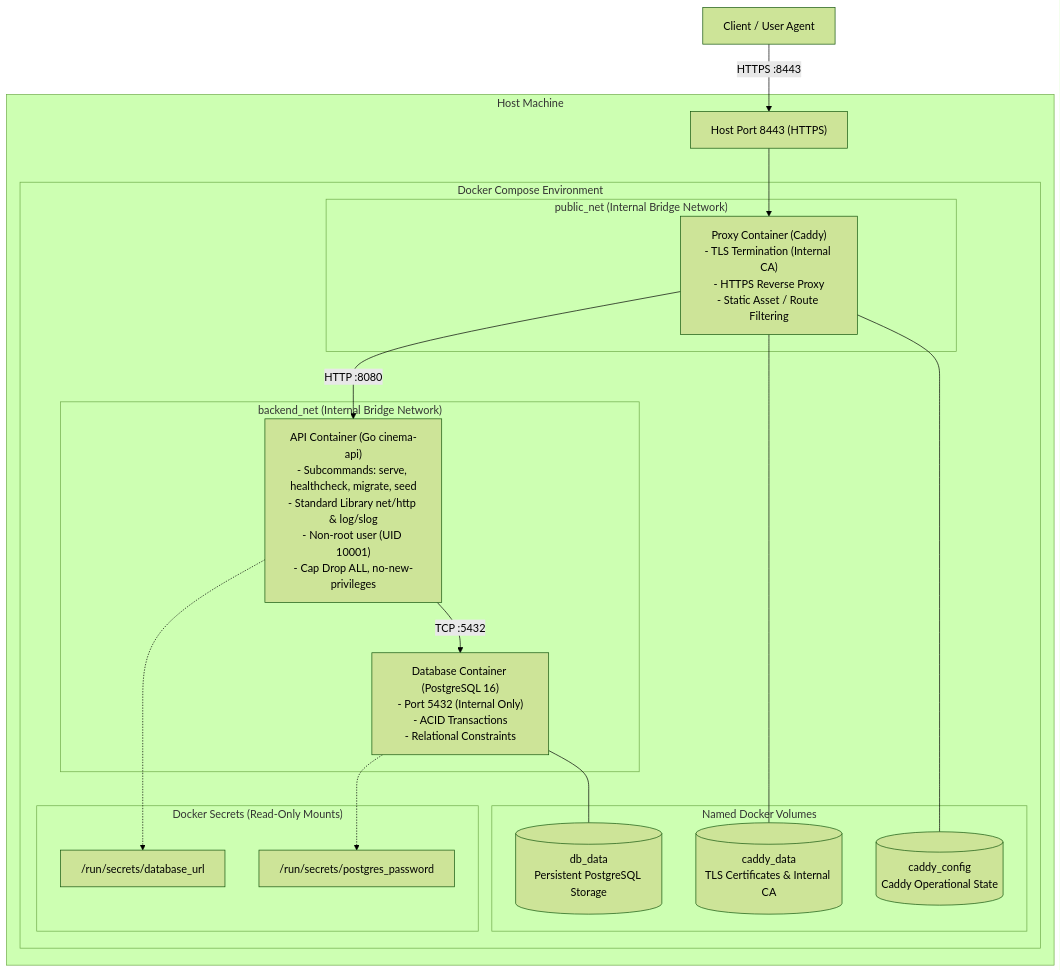
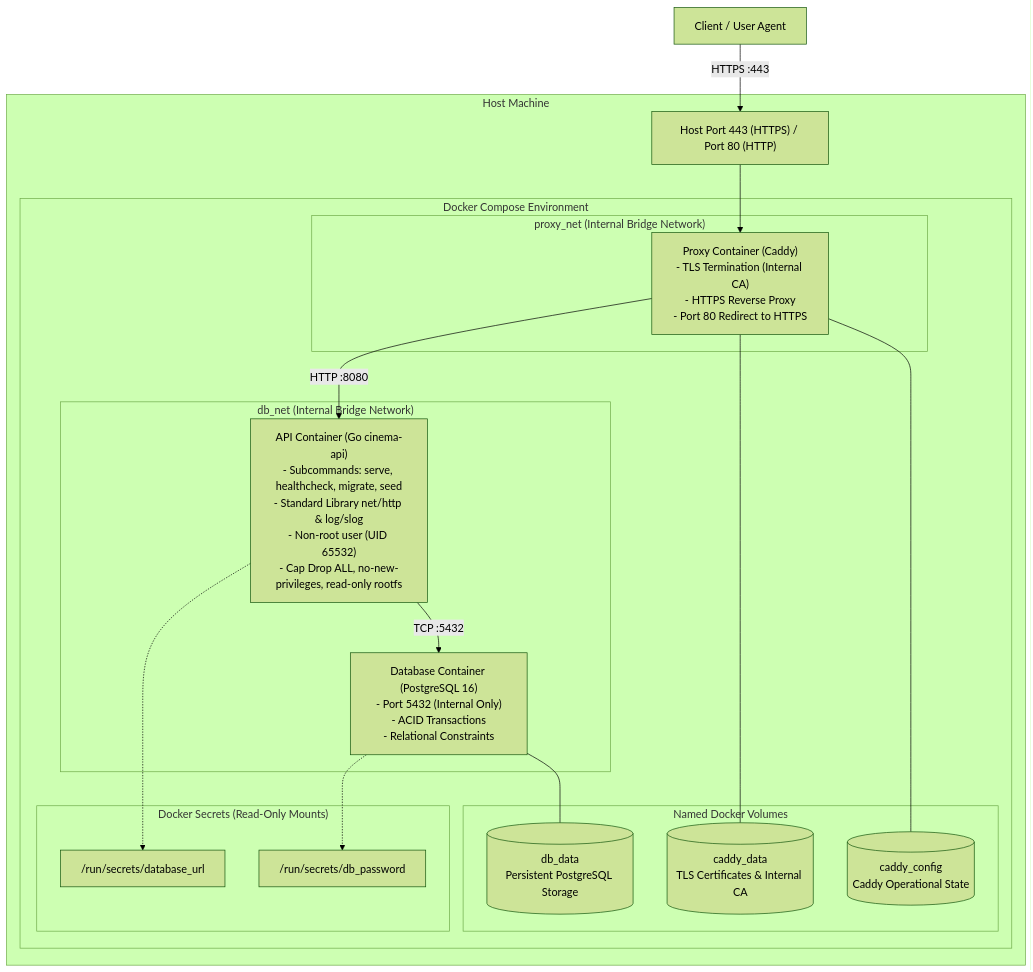
One commit to Sarvesh-Ranjan-9065/cinema-ticketing changed the first of 5 diagrams in docs/ARCHITECTURE.md. Above: the diagram before and after it, drawn with Mermaid (forest theme). The commit also changed other lines of this file and 6 other files, not shown here.

Commit message:
docs: align architecture, API spec, and runbook with implementation Update repository documentation to match tested code, database schema, and Docker Compose configuration

````diff
--- a/docs/ARCHITECTURE.md
+++ b/docs/ARCHITECTURE.md
@@ -11,41 +11,41 @@
 ```mermaid
 flowchart TD
     Client["Client / User Agent"]
 
     subgraph Host["Host Machine"]
-        Port8443["Host Port 8443 (HTTPS)"]
+        Port443["Host Port 443 (HTTPS) / Port 80 (HTTP)"]
 
         subgraph DockerCompose["Docker Compose Environment"]
-            subgraph PublicNetwork["public_net (Internal Bridge Network)"]
-                Proxy["Proxy Container (Caddy)\n- TLS Termination (Internal CA)\n- HTTPS Reverse Proxy\n- Static Asset / Route Filtering"]
+            subgraph ProxyNetwork["proxy_net (Internal Bridge Network)"]
+                Proxy["Proxy Container (Caddy)\n- TLS Termination (Internal CA)\n- HTTPS Reverse Proxy\n- Port 80 Redirect to HTTPS"]
             end
 
-            subgraph BackendNetwork["backend_net (Internal Bridge Network)"]
-                API["API Container (Go cinema-api)\n- Subcommands: serve, healthcheck, migrate, seed\n- Standard Library net/http & log/slog\n- Non-root user (UID 10001)\n- Cap Drop ALL, no-new-privileges"]
+            subgraph DatabaseNetwork["db_net (Internal Bridge Network)"]
+                API["API Container (Go cinema-api)\n- Subcommands: serve, healthcheck, migrate, seed\n- Standard Library net/http & log/slog\n- Non-root user (UID 65532)\n- Cap Drop ALL, no-new-privileges, read-only rootfs"]
                 DB["Database Container (PostgreSQL 16)\n- Port 5432 (Internal Only)\n- ACID Transactions\n- Relational Constraints"]
             end
 
             subgraph Volumes["Named Docker Volumes"]
                 VolDB[("db_data\nPersistent PostgreSQL Storage")]
                 VolCaddyData[("caddy_data\nTLS Certificates & Internal CA")]
                 VolCaddyCfg[("caddy_config\nCaddy Operational State")]
             end
 
             subgraph Secrets["Docker Secrets (Read-Only Mounts)"]
                 SecDBUrl["/run/secrets/database_url"]
-                SecDBPass["/run/secrets/postgres_password"]
+                SecDBPass["/run/secrets/db_password"]
             end
         end
     end
 
-    Client -->|HTTPS :8443| Port8443
-    Port8443 --> Proxy
+    Client -->|HTTPS :443| Port443
+    Port443 --> Proxy
     Proxy -->|HTTP :8080| API
     API -->|TCP :5432| DB
 
     DB --- VolDB
     Proxy --- VolCaddyData
     Proxy --- VolCaddyCfg
     API -.-> SecDBUrl
     DB -.-> SecDBPass
 ```
````
